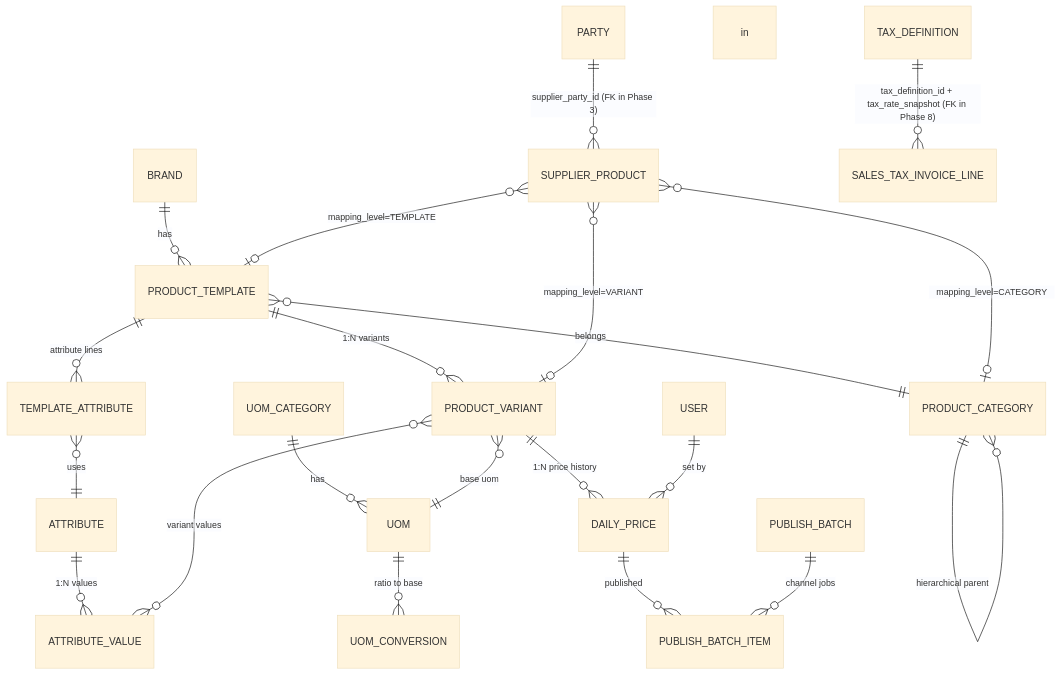
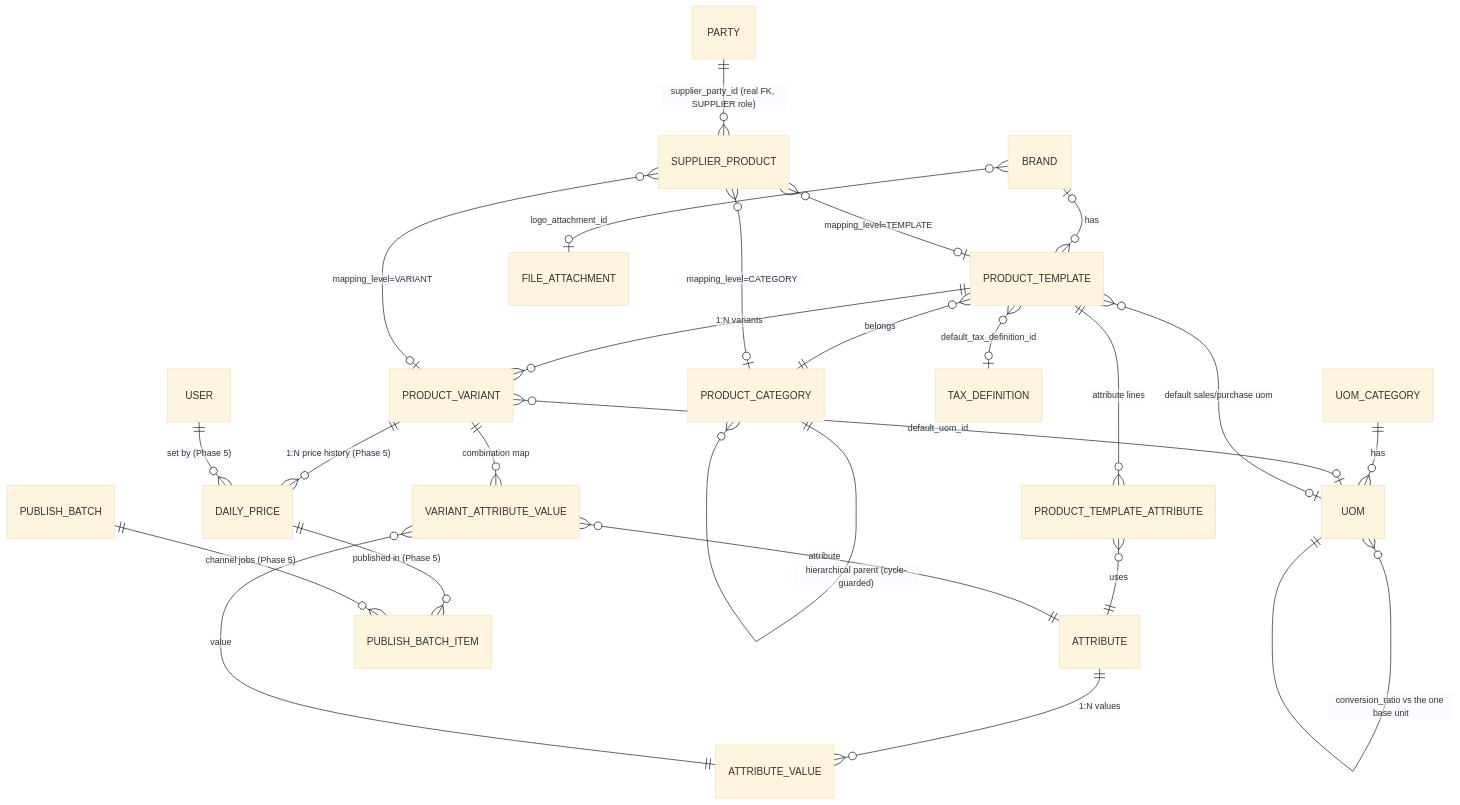
One commit to h08831n/tcerp2 changed the third of 8 diagrams in docs/02-erd.md. Above: the diagram before and after it, drawn with Mermaid (base theme). The commit also changed other lines of this file and 58 other files, not shown here.

````diff
--- a/docs/02-erd.md
+++ b/docs/02-erd.md
@@ -96,23 +109,27 @@
 ```mermaid
 erDiagram
-    PRODUCT_CATEGORY ||--o{ PRODUCT_CATEGORY : "hierarchical parent"
-    BRAND ||--o{ PRODUCT_TEMPLATE : has
+    PRODUCT_CATEGORY ||--o{ PRODUCT_CATEGORY : "hierarchical parent (cycle-guarded)"
+    BRAND |o--o{ PRODUCT_TEMPLATE : has
+    BRAND }o--o| FILE_ATTACHMENT : "logo_attachment_id"
+    PRODUCT_TEMPLATE }o--|| PRODUCT_CATEGORY : belongs
+    UOM_CATEGORY ||--o{ UOM : has
+    UOM }o--|| UOM : "conversion_ratio vs the one base unit"
+    PRODUCT_TEMPLATE ||--o{ PRODUCT_TEMPLATE_ATTRIBUTE : "attribute lines"
+    ATTRIBUTE ||--o{ ATTRIBUTE_VALUE : "1:N values"
+    PRODUCT_TEMPLATE_ATTRIBUTE }o--|| ATTRIBUTE : uses
     PRODUCT_TEMPLATE ||--o{ PRODUCT_VARIANT : "1:N variants"
-    PRODUCT_TEMPLATE }o--|| PRODUCT_CATEGORY : belongs
-    PRODUCT_TEMPLATE ||--o{ TEMPLATE_ATTRIBUTE : "attribute lines"
-    ATTRIBUTE ||--o{ ATTRIBUTE_VALUE : "1:N values"
-    TEMPLATE_ATTRIBUTE }o--|| ATTRIBUTE : uses
-    PRODUCT_VARIANT }o--o{ ATTRIBUTE_VALUE : "variant values"
-    UOM_CATEGORY ||--o{ UOM : has
-    UOM ||--o{ UOM_CONVERSION : "ratio to base"
-    PRODUCT_VARIANT }o--|| UOM : "base uom"
-    PARTY ||--o{ SUPPLIER_PRODUCT : "supplier_party_id (FK in Phase 3)"
+    PRODUCT_VARIANT ||--o{ VARIANT_ATTRIBUTE_VALUE : "combination map"
+    VARIANT_ATTRIBUTE_VALUE }o--|| ATTRIBUTE : attribute
+    VARIANT_ATTRIBUTE_VALUE }o--|| ATTRIBUTE_VALUE : value
+    PRODUCT_VARIANT }o--o| UOM : "default_uom_id"
+    PRODUCT_TEMPLATE }o--o| UOM : "default sales/purchase uom"
+    PRODUCT_TEMPLATE }o--o| TAX_DEFINITION : "default_tax_definition_id"
+    PARTY ||--o{ SUPPLIER_PRODUCT : "supplier_party_id (real FK, SUPPLIER role)"
     SUPPLIER_PRODUCT }o--o| PRODUCT_VARIANT : "mapping_level=VARIANT"
     SUPPLIER_PRODUCT }o--o| PRODUCT_TEMPLATE : "mapping_level=TEMPLATE"
     SUPPLIER_PRODUCT }o--o| PRODUCT_CATEGORY : "mapping_level=CATEGORY"
-    PRODUCT_VARIANT ||--o{ DAILY_PRICE : "1:N price history"
-    USER ||--o{ DAILY_PRICE : "set by"
-    DAILY_PRICE ||--o{ PUBLISH_BATCH_ITEM : published in
-    PUBLISH_BATCH ||--o{ PUBLISH_BATCH_ITEM : "channel jobs"
-    TAX_DEFINITION ||--o{ SALES_TAX_INVOICE_LINE : "tax_definition_id + tax_rate_snapshot (FK in Phase 8)"
+    PRODUCT_VARIANT ||--o{ DAILY_PRICE : "1:N price history (Phase 5)"
+    USER ||--o{ DAILY_PRICE : "set by (Phase 5)"
+    DAILY_PRICE ||--o{ PUBLISH_BATCH_ITEM : "published in (Phase 5)"
+    PUBLISH_BATCH ||--o{ PUBLISH_BATCH_ITEM : "channel jobs (Phase 5)"
 ```
````
